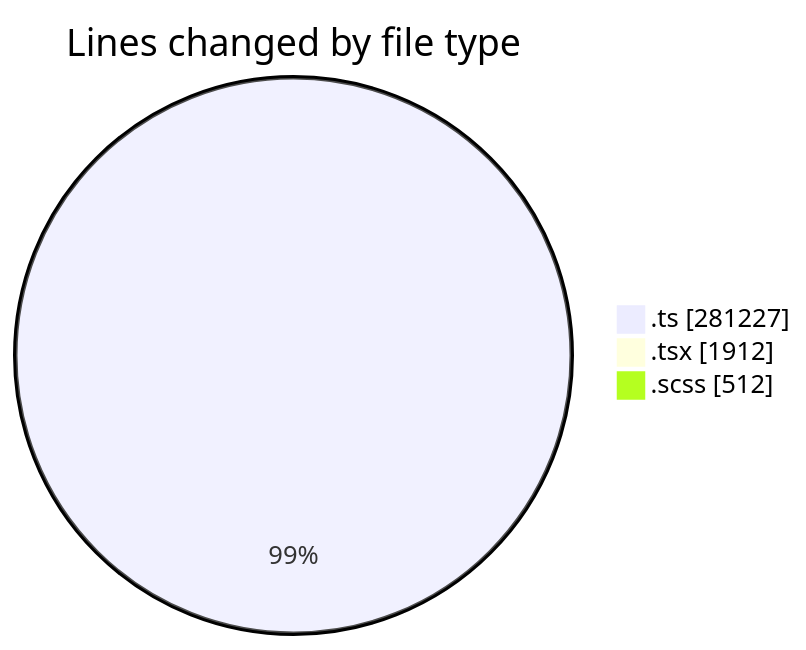
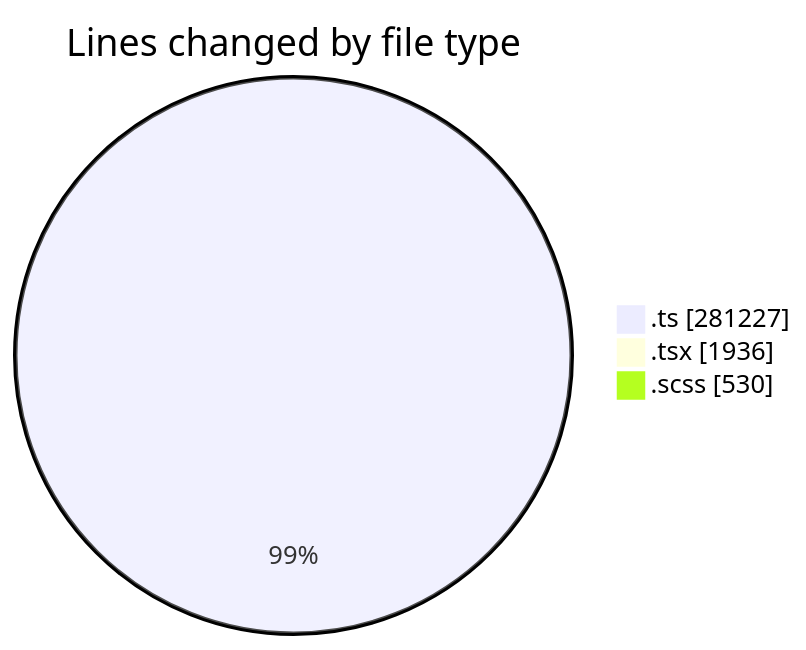
One commit to momahboobian/code-tracking changed the first of 2 diagrams in 2025-08-22/cda/README.md. Above: the diagram before and after it, drawn with Mermaid. The commit also changed other lines of this file and 1 other file, not shown here.

````diff
--- a/2025-08-22/cda/README.md
+++ b/2025-08-22/cda/README.md
@@ -41,7 +41,7 @@
 ```mermaid
 pie showData
 title Lines changed by file type
 ".ts" : 281227
-".tsx" : 1912
-".scss" : 512
+".tsx" : 1936
+".scss" : 530
 ```
````
